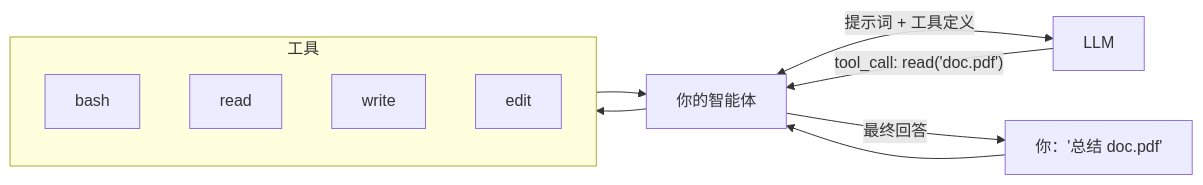
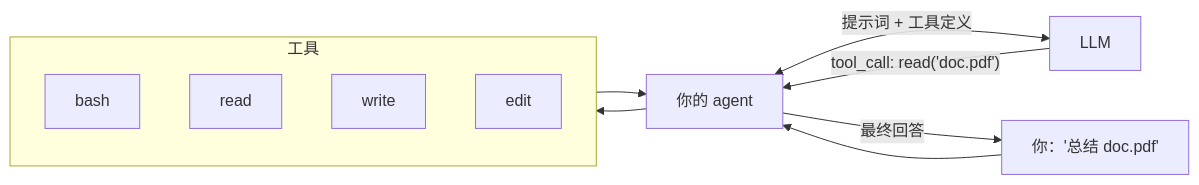
Before and after one commit to odysa/mini-claw-code: the first of 3 diagrams in README.zh.md, drawn with Mermaid. The commit also changed other lines of this file and 11 other files, not shown here.

````diff
--- a/README.zh.md
+++ b/README.zh.md
@@ -46,17 +46,17 @@
 ```mermaid
 flowchart LR
-    U["你：'总结 doc.pdf'"] --> A["你的智能体"]
+    U["你：'总结 doc.pdf'"] --> A["你的 agent"]
     A <-->|提示词 + 工具定义| LLM
     LLM -->|"tool_call: read('doc.pdf')"| A
     A --> T["工具"]
     T --> A
     A -->|最终回答| U
 
     subgraph T["工具"]
         direction TB
         bash["bash"]
         read["read"]
         write["write"]
         edit["edit"]
     end
 ```
````
